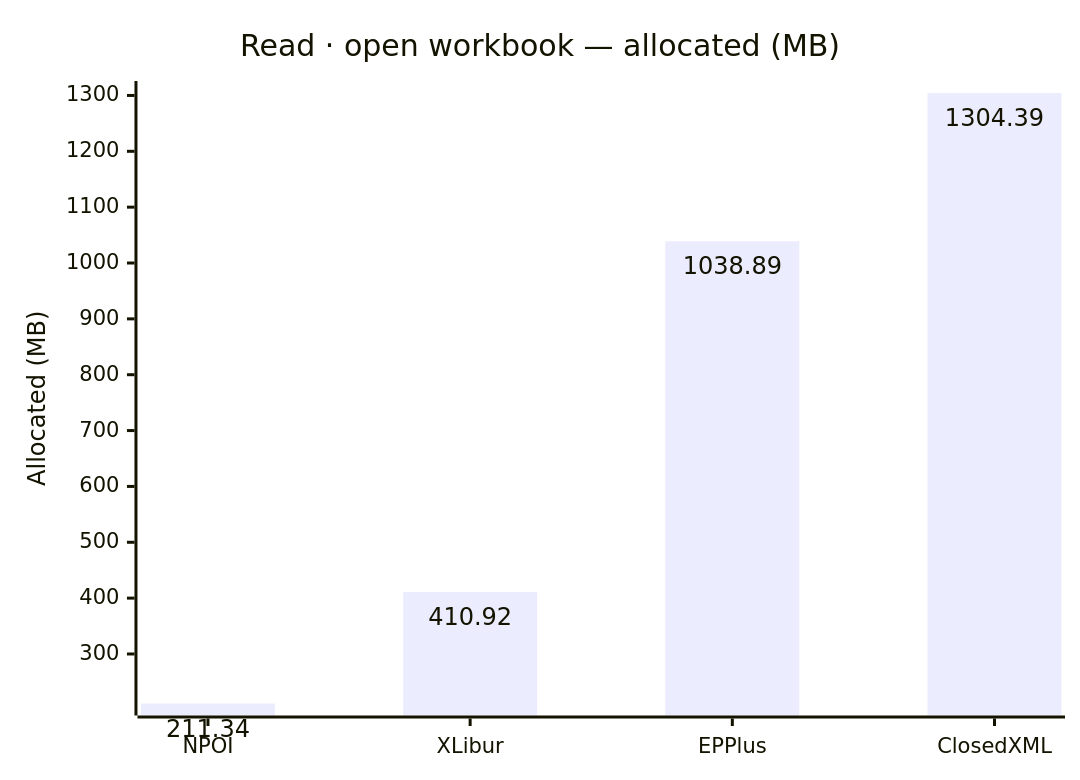
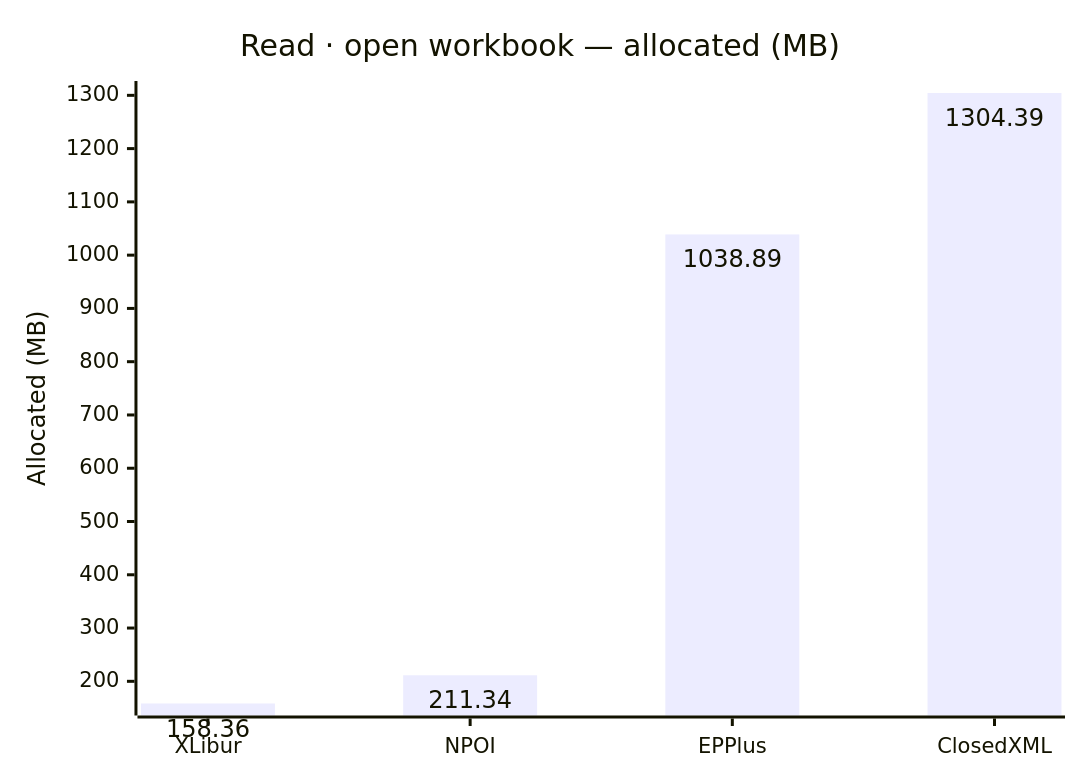
One commit to jafin/XLBench changed the second of 6 diagrams in docs/results.md. Above: the diagram before and after it, drawn with Mermaid. The commit also changed other lines of this file and 1 other file, not shown here.

Commit message:
Refresh benchmark results for XLibur 0.106.0 / EPPlus 8.6.3

````diff
--- a/docs/results.md
+++ b/docs/results.md
@@ -47,12 +47,12 @@
 ```mermaid
 ---
 config:
   xyChart:
     showDataLabel: true
 ---
 xychart-beta
     title "Read · open workbook — allocated (MB)"
-    x-axis ["NPOI", "XLibur", "EPPlus", "ClosedXML"]
+    x-axis ["XLibur", "NPOI", "EPPlus", "ClosedXML"]
     y-axis "Allocated (MB)"
-    bar [211.34, 410.92, 1038.89, 1304.39]
+    bar [158.36, 211.34, 1038.89, 1304.39]
 ```
````
